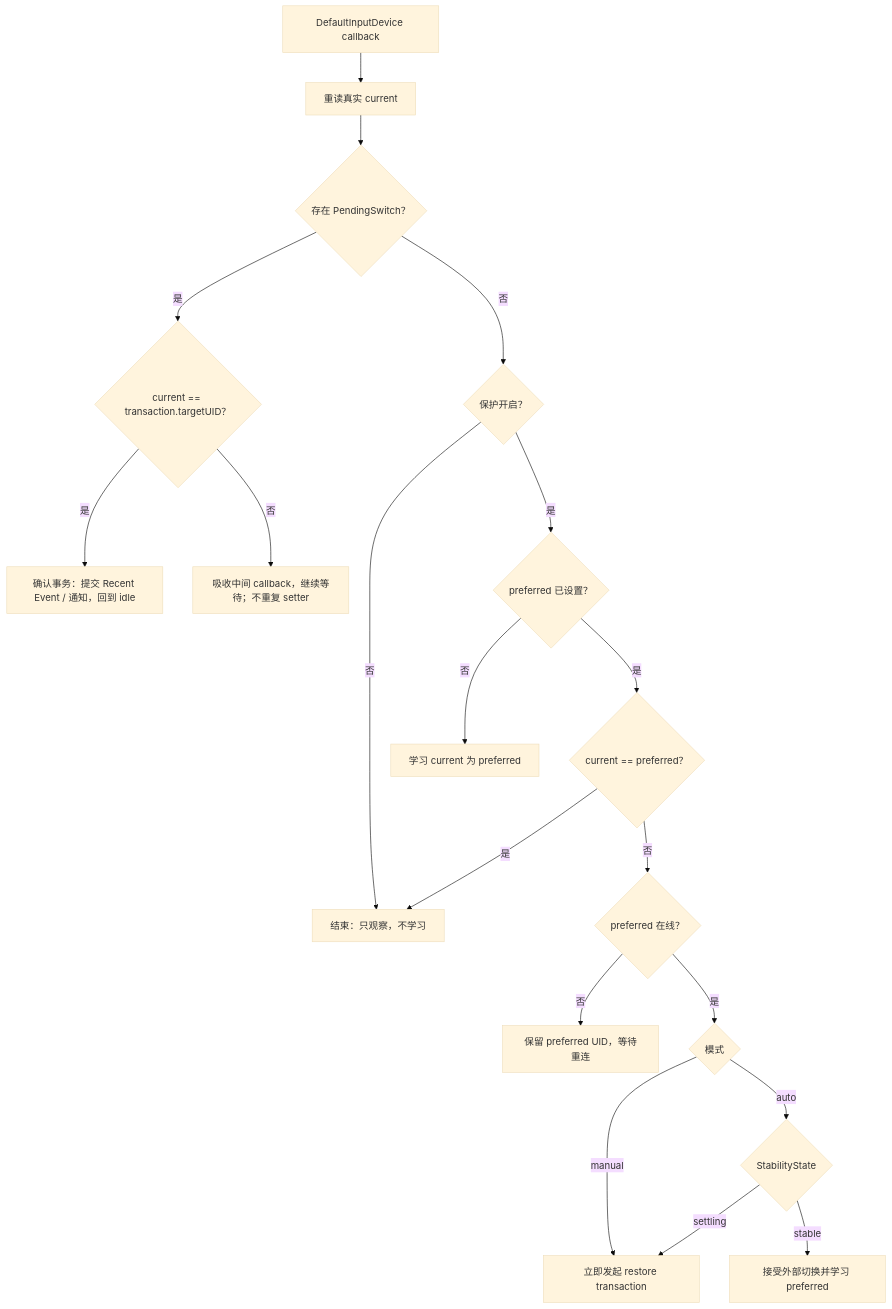
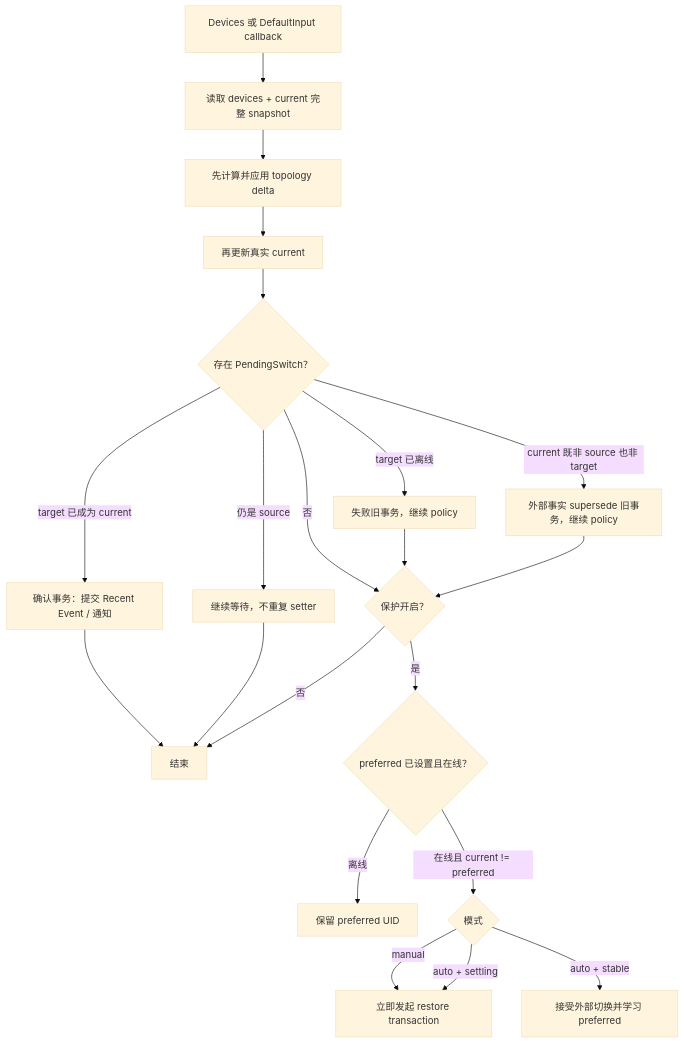
Before and after one commit to Forgo7ten/MicLock: the second of 3 diagrams in docs/auto-mode.md, drawn with Mermaid (base theme). The commit also changed other lines of this file and 3 other files, not shown here.

````diff
--- a/docs/auto-mode.md
+++ b/docs/auto-mode.md
@@ -47,21 +61,23 @@
 ```mermaid
 flowchart TD
-    A["DefaultInputDevice callback"] --> B["重读真实 current"]
-    B --> C{"存在 PendingSwitch？"}
-    C -->|是| D{"current == transaction.targetUID？"}
-    D -->|是| D1["确认事务：提交 Recent Event / 通知，回到 idle"]
-    D -->|否| D2["吸收中间 callback，继续等待；不重复 setter"]
-    C -->|否| E{"保护开启？"}
-    E -->|否| Z[结束：只观察，不学习]
-    E -->|是| F{"preferred 已设置？"}
-    F -->|否| L[学习 current 为 preferred]
-    F -->|是| G{"current == preferred？"}
-    G -->|是| Z
-    G -->|否| H{"preferred 在线？"}
-    H -->|否| Z2[保留 preferred UID，等待重连]
-    H -->|是| I{"模式"}
-    I -->|manual| R[立即发起 restore transaction]
-    I -->|auto| J{"StabilityState"}
-    J -->|settling| R
-    J -->|stable| U[接受外部切换并学习 preferred]
+    A["Devices 或 DefaultInput callback"] --> B["读取 devices + current 完整 snapshot"]
+    B --> C["先计算并应用 topology delta"]
+    C --> D["再更新真实 current"]
+    D --> E{"存在 PendingSwitch？"}
+    E -->|target 已成为 current| E1["确认事务：提交 Recent Event / 通知"]
+    E -->|target 已离线| E2["失败旧事务，继续 policy"]
+    E -->|current 既非 source 也非 target| E3["外部事实 supersede 旧事务，继续 policy"]
+    E -->|仍是 source| E4["继续等待，不重复 setter"]
+    E -->|否| F{"保护开启？"}
+    E2 --> F
+    E3 --> F
+    E1 --> Z[结束]
+    E4 --> Z
+    F -->|否| Z
+    F -->|是| G{"preferred 已设置且在线？"}
+    G -->|离线| G1[保留 preferred UID]
+    G -->|在线且 current != preferred| H{"模式"}
+    H -->|manual| R[立即发起 restore transaction]
+    H -->|auto + settling| R
+    H -->|auto + stable| U[接受外部切换并学习 preferred]
 ```
````
